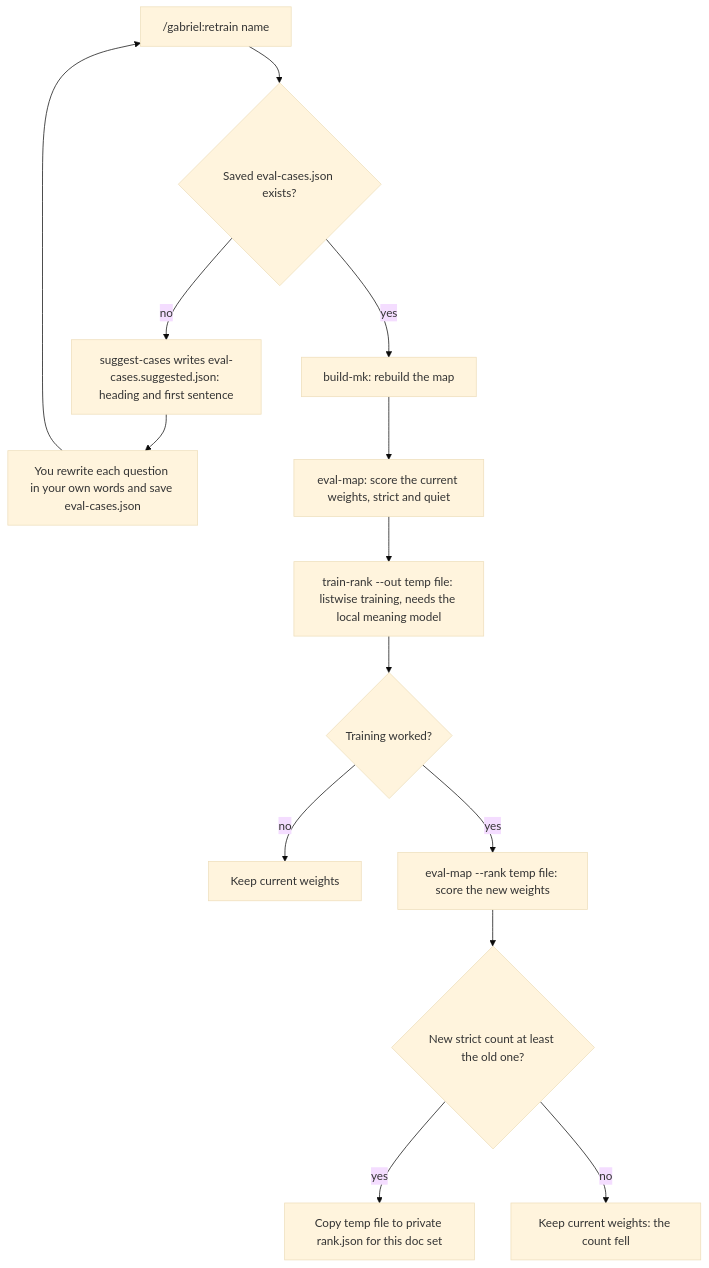
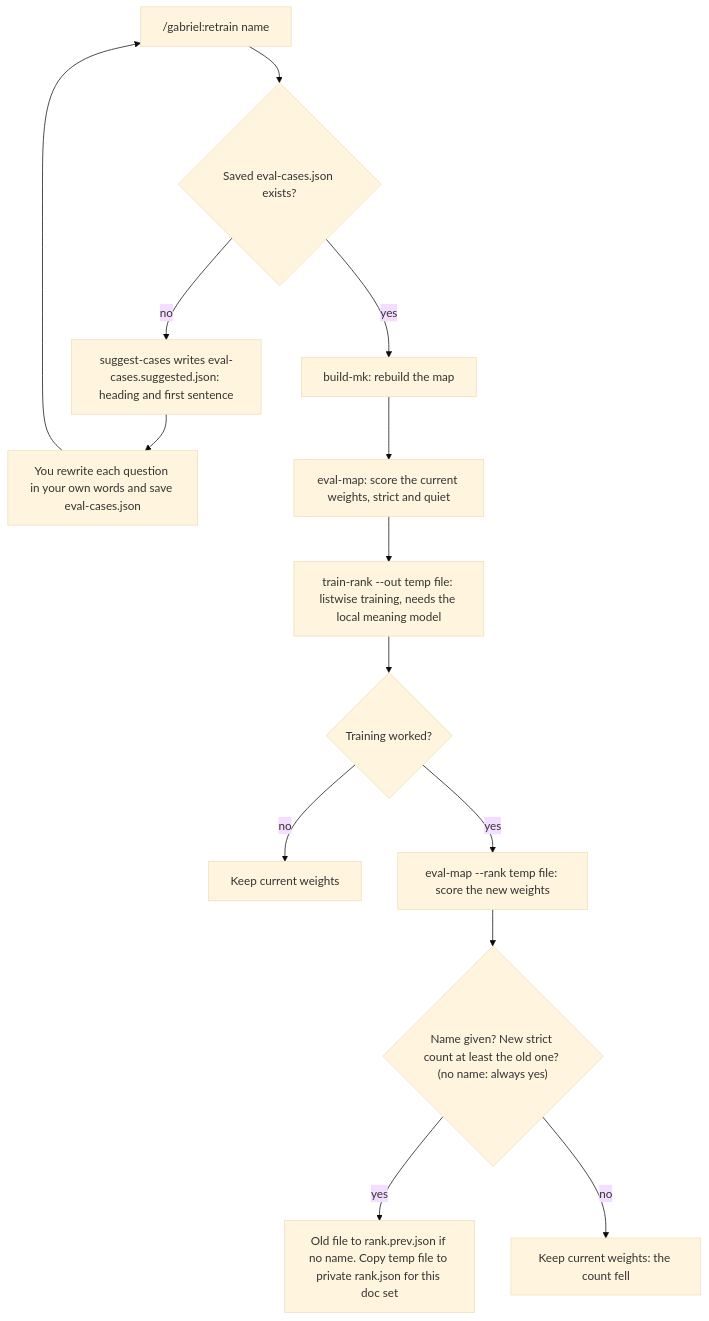
Before and after one commit to ThanhNVan/gabriel-plugin: the sixth of 10 diagrams in docs/WORKFLOWS.md, drawn with Mermaid (base theme). The commit also changed other lines of this file and 93 other files, not shown here.

````diff
--- a/docs/WORKFLOWS.md
+++ b/docs/WORKFLOWS.md
@@ -185,16 +188,16 @@
 ```mermaid
 flowchart TD
   A["/gabriel:retrain name"] --> D1{"Saved eval-cases.json exists?"}
   D1 -- "no" --> SU["suggest-cases writes eval-cases.suggested.json: heading and first sentence"]
   SU --> HW["You rewrite each question in your own words and save eval-cases.json"]
   HW --> A
   D1 -- "yes" --> B["build-mk: rebuild the map"]
   B --> E1["eval-map: score the current weights, strict and quiet"]
   E1 --> TR["train-rank --out temp file: listwise training, needs the local meaning model"]
   TR --> D2{"Training worked?"}
   D2 -- "no" --> K0["Keep current weights"]
   D2 -- "yes" --> E2["eval-map --rank temp file: score the new weights"]
-  E2 --> D3{"New strict count at least the old one?"}
-  D3 -- "yes" --> SV["Copy temp file to private rank.json for this doc set"]
+  E2 --> D3{"Name given? New strict count at least the old one? (no name: always yes)"}
+  D3 -- "yes" --> SV["Old file to rank.prev.json if no name. Copy temp file to private rank.json for this doc set"]
   D3 -- "no" --> K1["Keep current weights: the count fell"]
 ```
````
